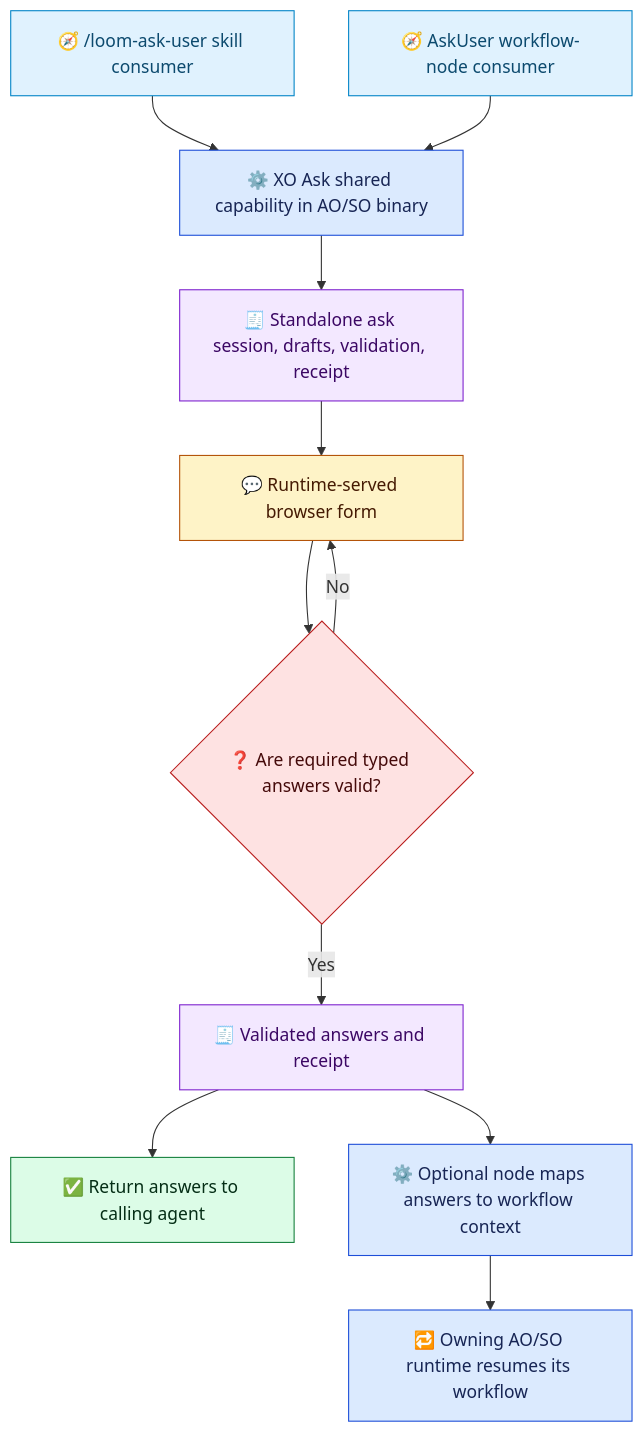
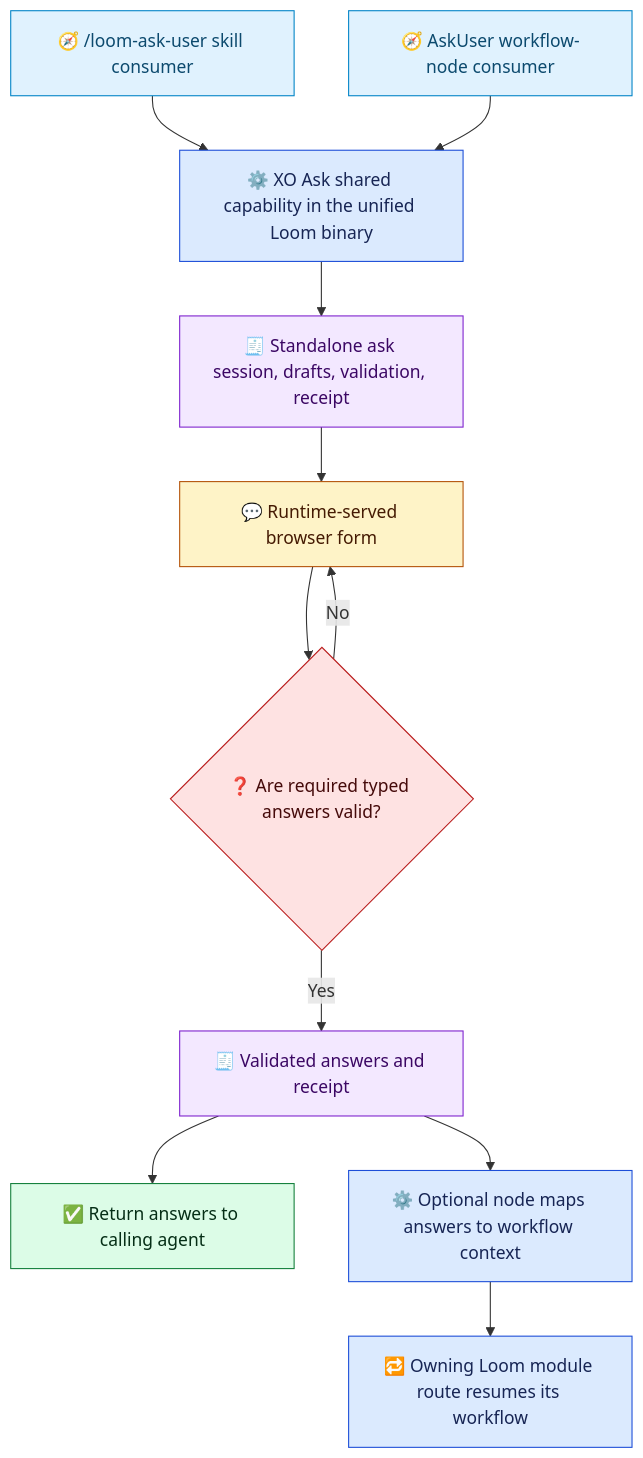
The diagram in docs/en/architecture/ask-user-design.md (waynebaby/Techne-Loom), drawn with Mermaid before and after one commit. The commit also changed other lines of this file and 130 other files, not shown here.

````diff
--- a/docs/en/architecture/ask-user-design.md
+++ b/docs/en/architecture/ask-user-design.md
@@ -22,26 +22,26 @@
 ```mermaid
 flowchart TD
-    SKILL["🧭 /loom-ask-user skill consumer"] --> XO["⚙️ XO Ask shared capability in AO/SO binary"]
+    SKILL["🧭 /loom-ask-user skill consumer"] --> XO["⚙️ XO Ask shared capability in the unified Loom binary"]
     NODE["🧭 AskUser workflow-node consumer"] --> XO
     XO --> SESSION["🧾 Standalone ask session, drafts, validation, receipt"]
     SESSION --> FORM["💬 Runtime-served browser form"]
     FORM --> CHECK{"❓ Are required typed answers valid?"}
     CHECK -- "No" --> FORM
     CHECK -- "Yes" --> RESULT["🧾 Validated answers and receipt"]
     RESULT --> DIRECT["✅ Return answers to calling agent"]
     RESULT --> MAP["⚙️ Optional node maps answers to workflow context"]
-    MAP --> RESUME["🔁 Owning AO/SO runtime resumes its workflow"]
+    MAP --> RESUME["🔁 Owning Loom module route resumes its workflow"]
 
     classDef consumer fill:#e0f2fe,stroke:#0284c7,color:#0c4a6e;
     classDef runtime fill:#dbeafe,stroke:#1d4ed8,color:#172554;
     classDef user fill:#fef3c7,stroke:#b45309,color:#451a03;
     classDef evidence fill:#f3e8ff,stroke:#7e22ce,color:#3b0764;
     classDef decision fill:#fee2e2,stroke:#b91c1c,color:#450a0a;
     classDef complete fill:#dcfce7,stroke:#15803d,color:#052e16;
     class SKILL,NODE consumer;
     class XO,MAP,RESUME runtime;
     class FORM user;
     class SESSION,RESULT evidence;
     class CHECK decision;
     class DIRECT complete;
 ```
````
